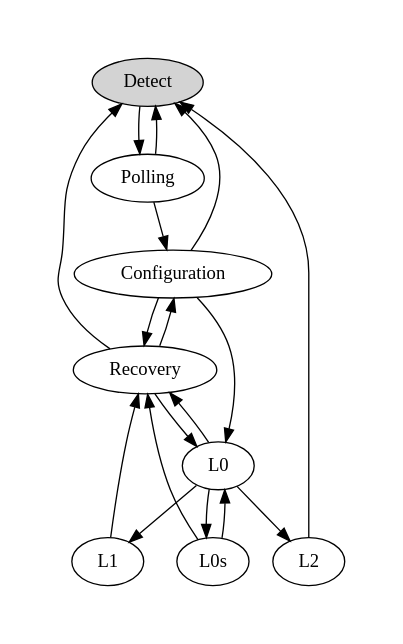
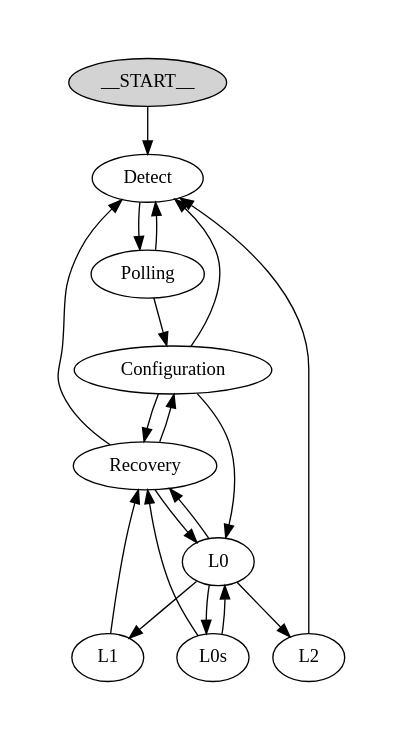
Before and after one commit to stepannotuser/ugrasp_mode: the diagram in examples/pcie_link_training/pcie_link_training_pkg/src/sv/pcie_link_training_graphviz.dot, drawn with Graphviz. The commit also changed 39 other files, not shown here.

```diff
--- a/examples/pcie_link_training/pcie_link_training_pkg/src/sv/pcie_link_training_graphviz.dot
+++ b/examples/pcie_link_training/pcie_link_training_pkg/src/sv/pcie_link_training_graphviz.dot
@@ -1,25 +1,26 @@
 // SVGraph pcie_link_training
 // File    pcie_link_training_graphviz.dot
 
 
 digraph pcie_link_training {
   pad="0.5"
-  Detect [fillcolor=lightgrey style=filled]
+  __START__ [fillcolor=lightgrey style=filled]
   Detect -> Polling;
   Polling -> Detect;
   Polling -> Configuration;
   Configuration -> L0;
   Configuration -> Recovery;
   Configuration -> Detect;
   L0 -> L1;
   L0 -> L0s;
   L0 -> L2;
   L0 -> Recovery;
   Recovery -> Configuration;
   Recovery -> L0;
   Recovery -> Detect;
   L1 -> Recovery;
-  L2 -> Detect;
   L0s -> L0;
   L0s -> Recovery;
+  L2 -> Detect;
+  __START__ -> Detect;
 }
```
